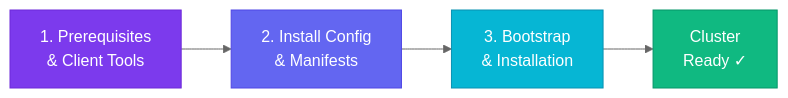
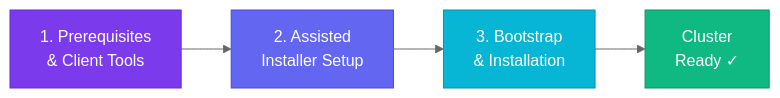
Before and after one commit to BasselFaisalEmara/ocp-sno-installation-guide: the diagram in src/openshift-install/index.md, drawn with Mermaid (neutral theme). The commit also changed other lines of this file and 11 other files, not shown here.

````diff
--- a/src/openshift-install/index.md
+++ b/src/openshift-install/index.md
@@ -13,11 +13,11 @@
 ```mermaid
 graph LR
-    A["1. Prerequisites<br/>& Client Tools"] --> B["2. Install Config<br/>& Manifests"]
+    A["1. Prerequisites<br/>& Client Tools"] --> B["2. Assisted<br/>Installer Setup"]
     B --> C["3. Bootstrap<br/>& Installation"]
     C --> D["Cluster<br/>Ready ✓"]
 
     style A fill:#7c3aed,stroke:#6d28d9,color:#fff
     style B fill:#6366f1,stroke:#4f46e5,color:#fff
     style C fill:#06b6d4,stroke:#0891b2,color:#fff
     style D fill:#10b981,stroke:#059669,color:#fff
 ```
````
